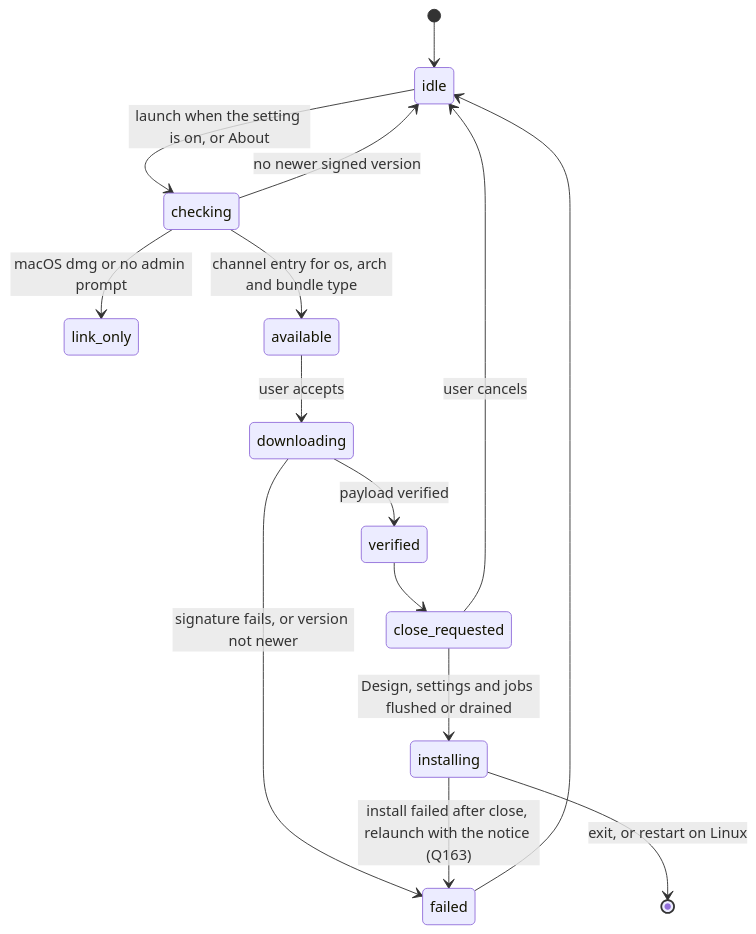
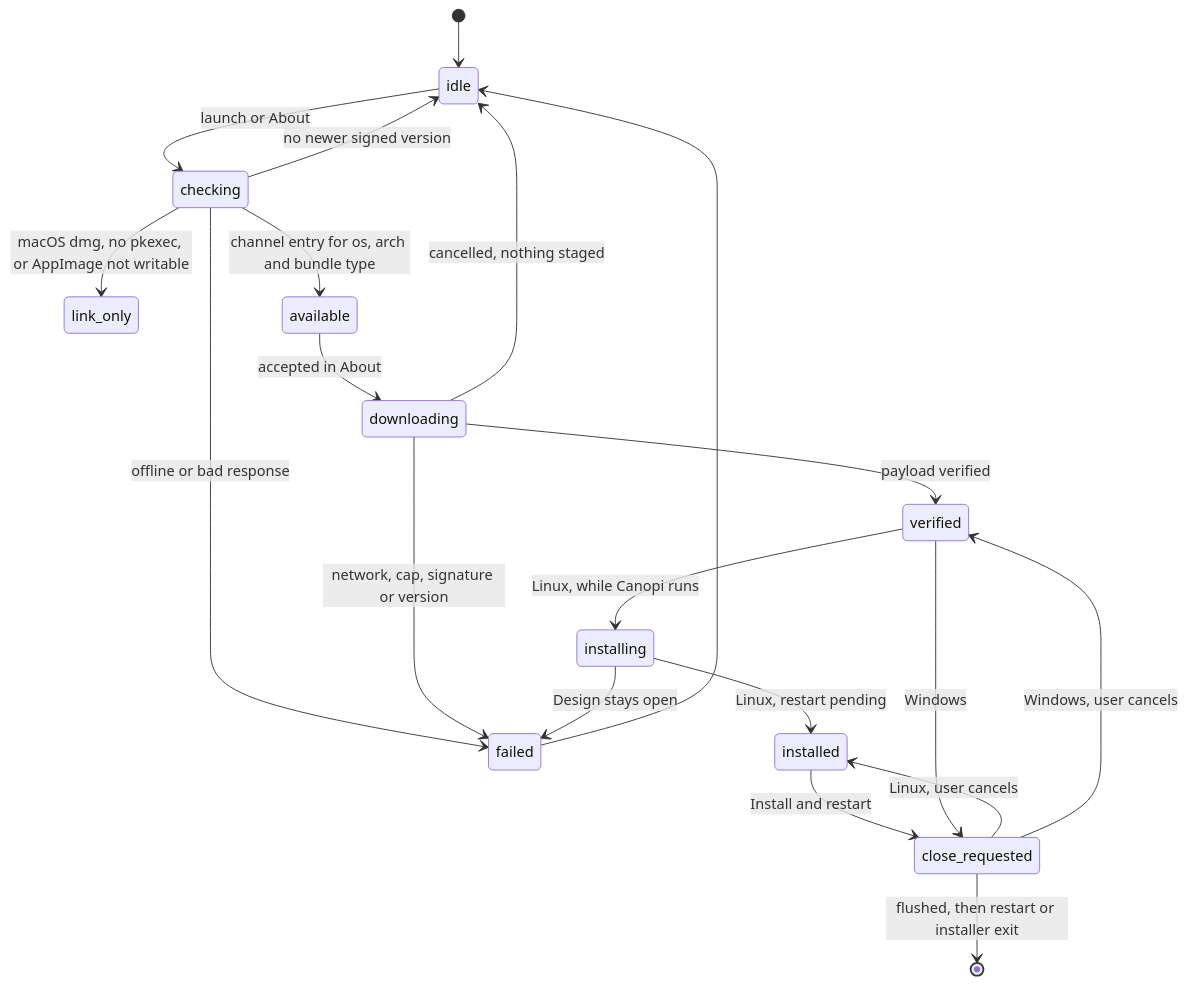
Before and after one commit to opencanopi/canopi: the seventh of 15 diagrams in docs/architecture/states.md, drawn with Mermaid. The commit also changed other lines of this file and 13 other files, not shown here.

Commit message:
docs(plans): Phase 0 amendment: design check and the 2026-10-22 answers (canopi-f47t.52.228)

````diff
--- a/docs/architecture/states.md
+++ b/docs/architecture/states.md
@@ -162,17 +162,22 @@
 ```mermaid
 stateDiagram-v2
   [*] --> idle
-  idle --> checking: launch when the setting is on, or About
+  idle --> checking: launch or About
   checking --> idle: no newer signed version
-  checking --> link_only: macOS dmg or no admin prompt
+  checking --> failed: offline or bad response
+  checking --> link_only: macOS dmg, no pkexec, or AppImage not writable
   checking --> available: channel entry for os, arch and bundle type
-  available --> downloading: user accepts
-  downloading --> failed: signature fails, or version not newer
+  available --> downloading: accepted in About
+  downloading --> idle: cancelled, nothing staged
+  downloading --> failed: network, cap, signature or version
   failed --> idle
   downloading --> verified: payload verified
-  verified --> close_requested
-  close_requested --> idle: user cancels
-  close_requested --> installing: Design, settings and jobs flushed or drained
-  installing --> failed: install failed after close, relaunch with the notice (Q163)
-  installing --> [*]: exit, or restart on Linux
+  verified --> installing: Linux, while Canopi runs
+  installing --> installed: Linux, restart pending
+  installing --> failed: Design stays open
+  installed --> close_requested: Install and restart
+  close_requested --> installed: Linux, user cancels
+  verified --> close_requested: Windows
+  close_requested --> verified: Windows, user cancels
+  close_requested --> [*]: flushed, then restart or installer exit
 ```
````
